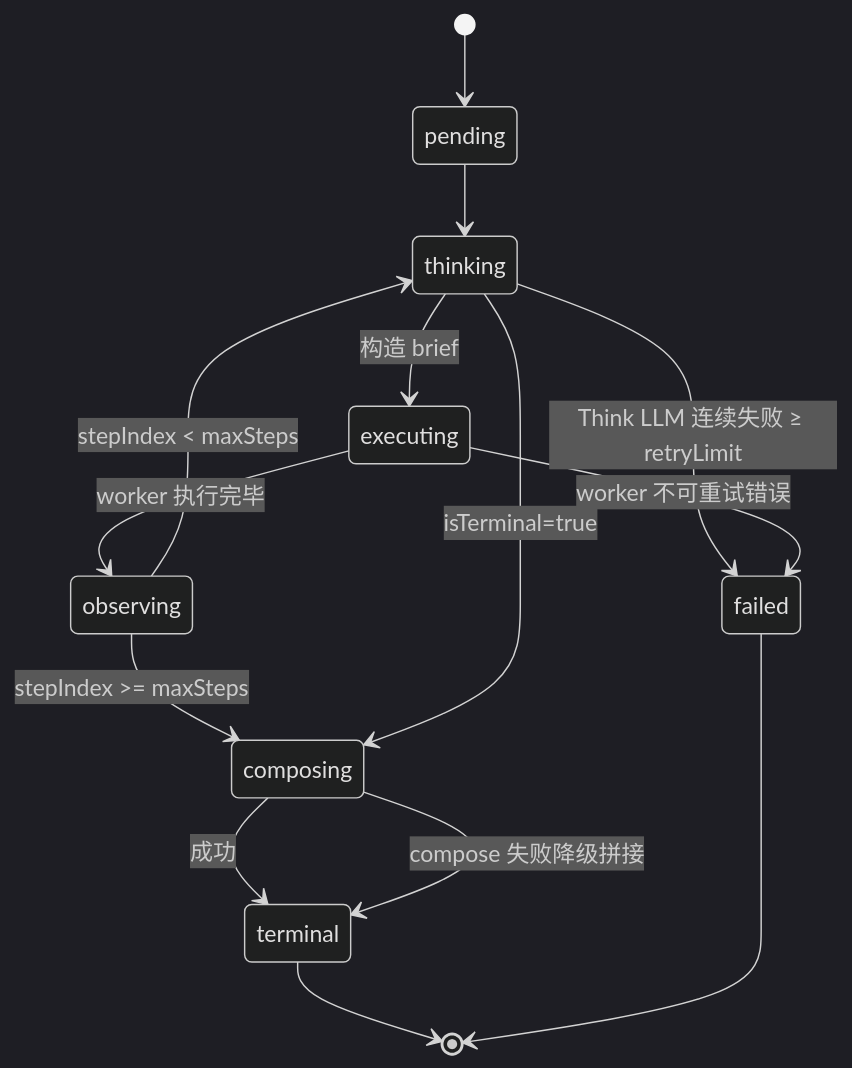
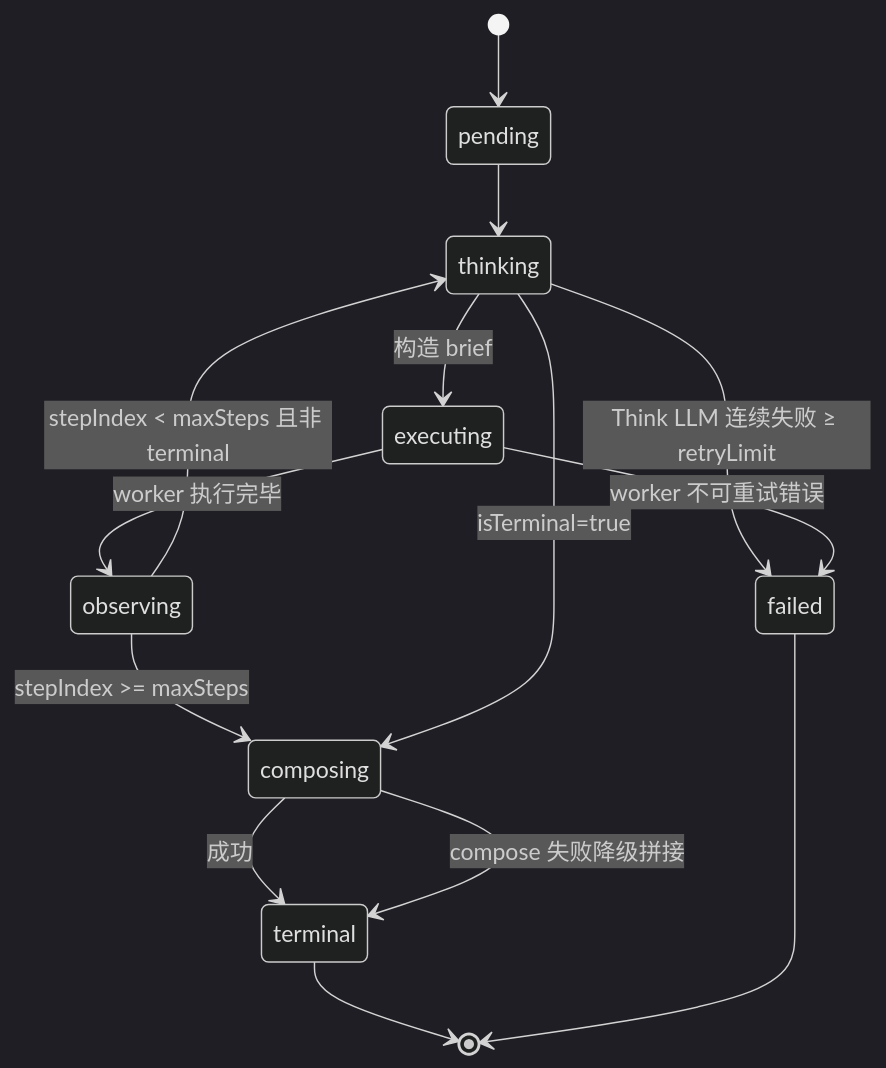
One commit to GGwujun/deep-dive-winmatrix changed the third of 4 diagrams in src/part4-agent/ch11-turn-runner.md. Above: the diagram before and after it, drawn with Mermaid (dark theme). The commit also changed other lines of this file and 35 other files, not shown here.

````diff
--- a/src/part4-agent/ch11-turn-runner.md
+++ b/src/part4-agent/ch11-turn-runner.md
@@ -158,16 +530,16 @@
 ```mermaid
 stateDiagram-v2
     [*] --> pending
     pending --> thinking
     thinking --> executing: 构造 brief
     executing --> observing: worker 执行完毕
-    observing --> thinking: stepIndex < maxSteps
+    observing --> thinking: stepIndex < maxSteps 且非 terminal
     observing --> composing: stepIndex >= maxSteps
     thinking --> composing: isTerminal=true
     composing --> terminal: 成功
     composing --> terminal: compose 失败降级拼接
     thinking --> failed: Think LLM 连续失败 ≥ retryLimit
     executing --> failed: worker 不可重试错误
     terminal --> [*]
     failed --> [*]
 ```
````
